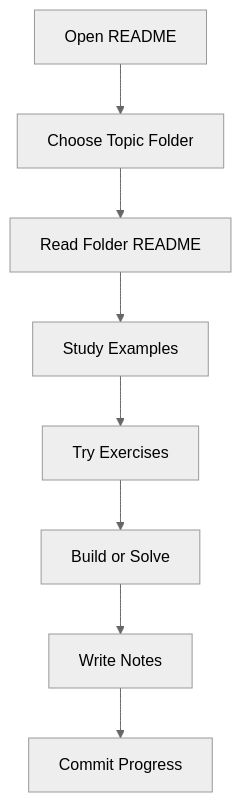
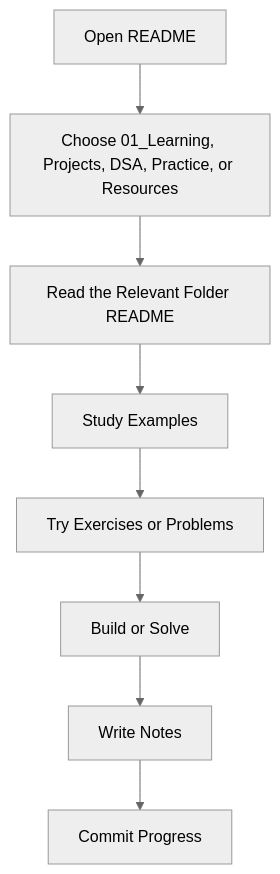
The eighth of 8 diagrams in README.md (ArnavRajDas/Programming-in-Python), drawn with Mermaid (neutral theme) before and after one commit. The commit also changed other lines of this file and 1 other file, not shown here.

Commit message:
Redesign README structure and repository architecture and add Assets folder

````diff
--- a/README.md
+++ b/README.md
@@ -732,10 +513,10 @@
 ```mermaid
 flowchart TD
-	A[Open README] --> B[Choose Topic Folder]
-	B --> C[Read Folder README]
+	A[Open README] --> B[Choose 01_Learning, Projects, DSA, Practice, or Resources]
+	B --> C[Read the Relevant Folder README]
 	C --> D[Study Examples]
-	D --> E[Try Exercises]
+	D --> E[Try Exercises or Problems]
 	E --> F[Build or Solve]
 	F --> G[Write Notes]
 	G --> H[Commit Progress]
 ```
````
